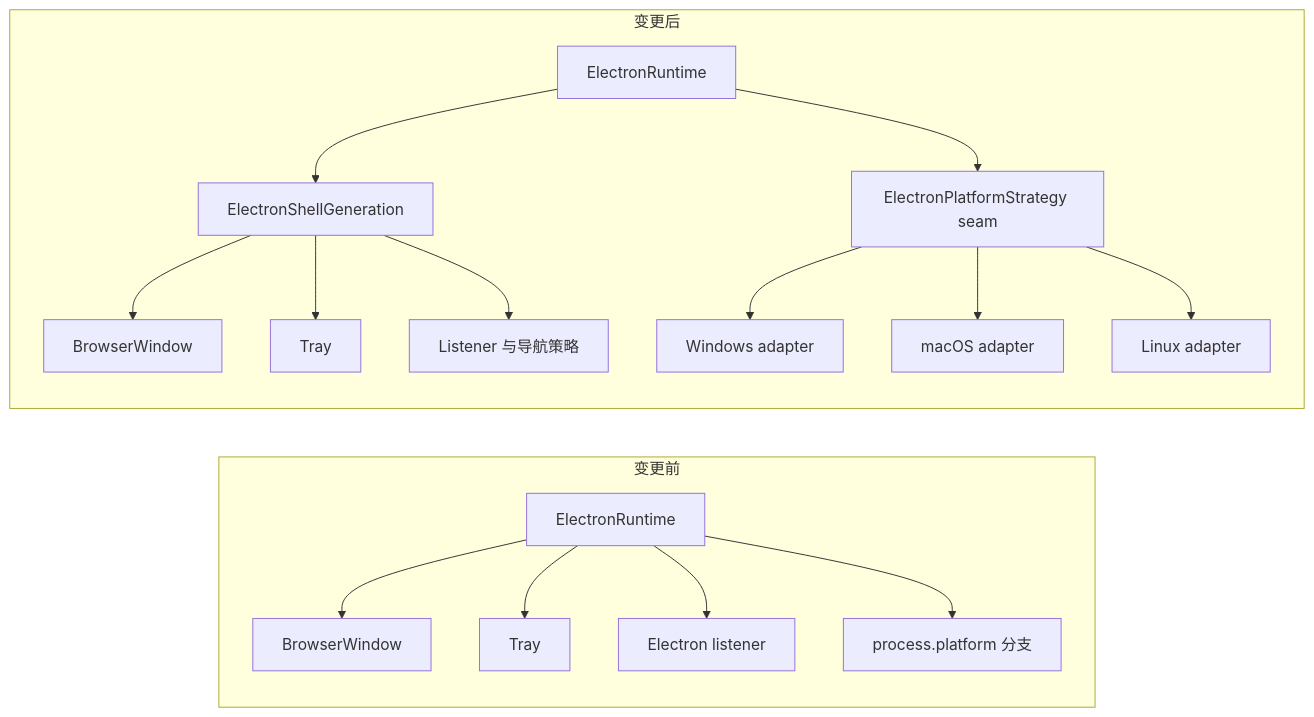
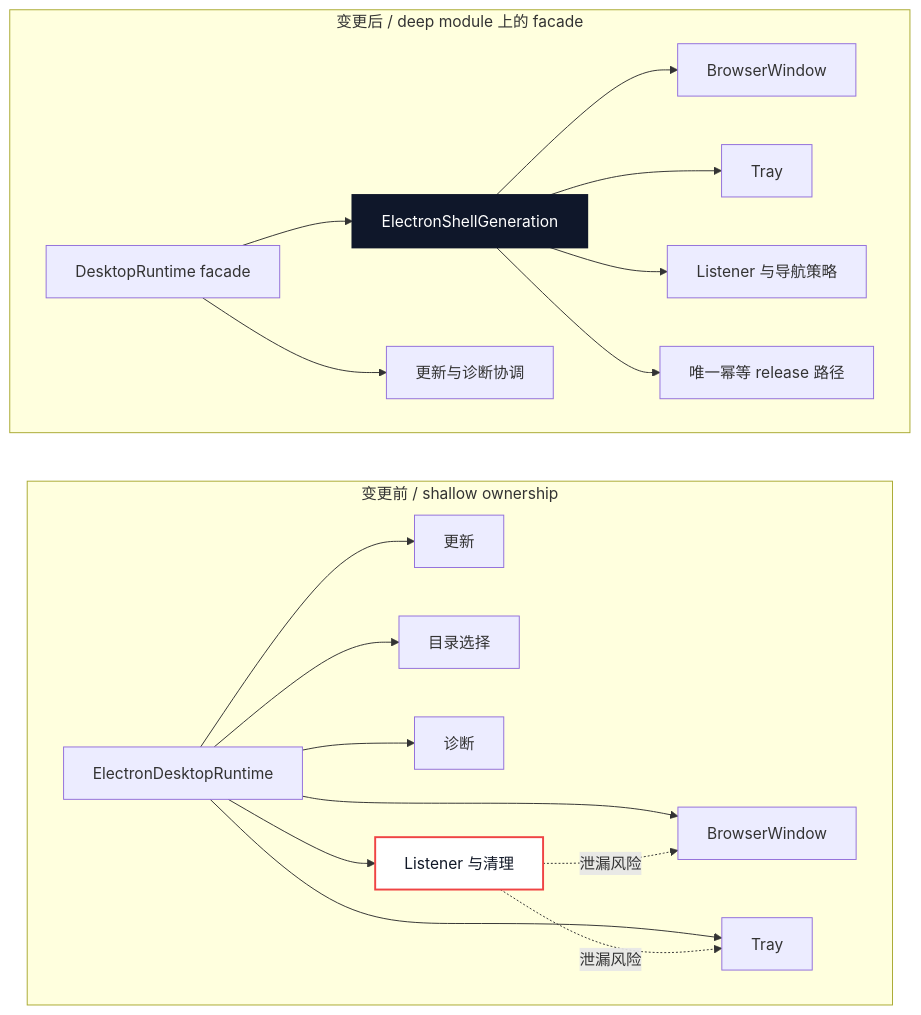
One commit to 976905690/deepseek-harness-desktop changed the first of 3 diagrams in .agents/notes/implemented/architecture/2026-08-19-native-shell-generation-and-platform-adapters.zh.md. Above: the diagram before and after it, drawn with Mermaid. The commit also changed other lines of this file and 2 other files, not shown here.

Commit message:
docs(architecture): refine native shell seam diagrams

````diff
--- a/.agents/notes/implemented/architecture/2026-08-19-native-shell-generation-and-platform-adapters.zh.md
+++ b/.agents/notes/implemented/architecture/2026-08-19-native-shell-generation-and-platform-adapters.zh.md
@@ -26,24 +26,45 @@
 ```mermaid
 flowchart LR
-  subgraph Before[变更前]
-    RuntimeBefore[ElectronRuntime]
-    RuntimeBefore --> WindowBefore[BrowserWindow]
-    RuntimeBefore --> TrayBefore[Tray]
-    RuntimeBefore --> ListenersBefore[Electron listener]
-    RuntimeBefore --> PlatformBranches[process.platform 分支]
+  subgraph BeforeShell["变更前 / shallow ownership"]
+    direction LR
+    RuntimeBefore[ElectronDesktopRuntime]
+    UpdatesBefore[更新]
+    PickerBefore[目录选择]
+    DiagnosticsBefore[诊断]
+    ListenersBefore[Listener 与清理]
+    WindowBefore[BrowserWindow]
+    TrayBefore[Tray]
+
+    RuntimeBefore --> UpdatesBefore
+    RuntimeBefore --> PickerBefore
+    RuntimeBefore --> DiagnosticsBefore
+    RuntimeBefore --> ListenersBefore
+    RuntimeBefore --> WindowBefore
+    RuntimeBefore --> TrayBefore
+    ListenersBefore -. 泄漏风险 .-> WindowBefore
+    ListenersBefore -. 泄漏风险 .-> TrayBefore
   end
 
-  subgraph After[变更后]
-    RuntimeAfter[ElectronRuntime]
+  subgraph AfterShell["变更后 / deep module 上的 facade"]
+    direction LR
+    RuntimeAfter[DesktopRuntime facade]
     Generation[ElectronShellGeneration]
-    Strategy[ElectronPlatformStrategy seam]
+    OrchestrationAfter[更新与诊断协调]
+    WindowAfter[BrowserWindow]
+    TrayAfter[Tray]
+    ListenersAfter[Listener 与导航策略]
+    DisposerAfter[唯一幂等 release 路径]
+
     RuntimeAfter --> Generation
-    RuntimeAfter --> Strategy
-    Generation --> WindowAfter[BrowserWindow]
-    Generation --> TrayAfter[Tray]
-    Generation --> ListenersAfter[Listener 与导航策略]
-    Strategy --> Windows[Windows adapter]
-    Strategy --> macOS[macOS adapter]
-    Strategy --> Linux[Linux adapter]
+    RuntimeAfter --> OrchestrationAfter
+    Generation --> WindowAfter
+    Generation --> TrayAfter
+    Generation --> ListenersAfter
+    Generation --> DisposerAfter
   end
+
+  classDef focus fill:#0f172a,color:#ffffff,stroke:#0f172a,stroke-width:2px;
+  classDef risk fill:#ffffff,color:#111827,stroke:#ef4444,stroke-width:2px;
+  class Generation focus;
+  class ListenersBefore risk;
 ```
````
